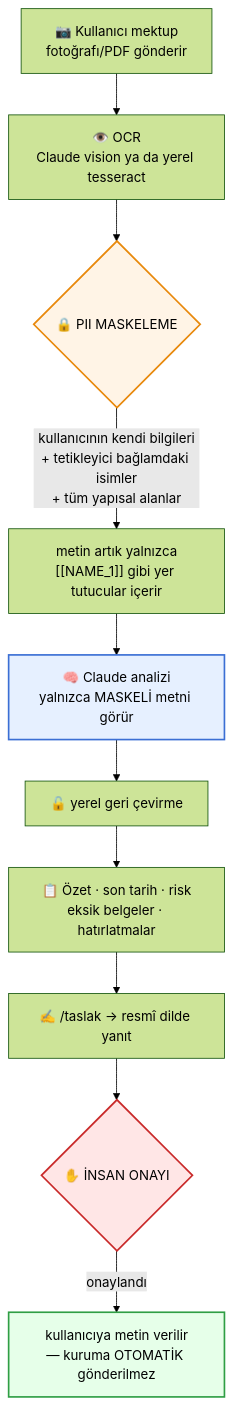
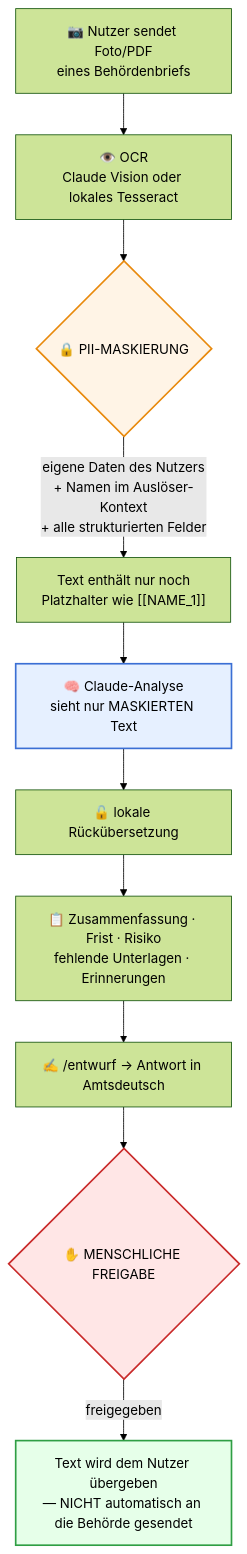
The first of 3 diagrams in README.md (burakerdgn1/B-Ko), drawn with Mermaid (forest theme) before and after one commit. The commit also changed other lines of this file and 2 other files, not shown here.

First line of the commit message:
docs: README Almancaya çevrildi, adlandırma sadeleştirildi, kapsam-dışı/eksik anlatan bölümler kaldırıldı

````diff
--- a/README.md
+++ b/README.md
@@ -33,17 +36,17 @@
 ```mermaid
 flowchart TD
-    A["📷 Kullanıcı mektup<br/>fotoğrafı/PDF gönderir"] --> B["👁️ OCR<br/>Claude vision ya da yerel tesseract"]
-    B --> C{"🔒 PII MASKELEME"}
-    C -->|"kullanıcının kendi bilgileri<br/>+ tetikleyici bağlamdaki isimler<br/>+ tüm yapısal alanlar"| D["metin artık yalnızca<br/>[[NAME_1]] gibi yer tutucular içerir"]
-    D --> E["🧠 Claude analizi<br/>yalnızca MASKELİ metni görür"]
-    E --> F["🔓 yerel geri çevirme"]
-    F --> G["📋 Özet · son tarih · risk<br/>eksik belgeler · hatırlatmalar"]
-    G --> H["✍️ /taslak → resmî dilde yanıt"]
-    H --> I{"✋ İNSAN ONAYI"}
-    I -->|onaylandı| J["kullanıcıya metin verilir<br/>— kuruma OTOMATİK gönderilmez"]
+    A["📷 Nutzer sendet Foto/PDF<br/>eines Behördenbriefs"] --> B["👁️ OCR<br/>Claude Vision oder lokales Tesseract"]
+    B --> C{"🔒 PII-MASKIERUNG"}
+    C -->|"eigene Daten des Nutzers<br/>+ Namen im Auslöser-Kontext<br/>+ alle strukturierten Felder"| D["Text enthält nur noch<br/>Platzhalter wie [[NAME_1]]"]
+    D --> E["🧠 Claude-Analyse<br/>sieht nur MASKIERTEN Text"]
+    E --> F["🔓 lokale Rückübersetzung"]
+    F --> G["📋 Zusammenfassung · Frist · Risiko<br/>fehlende Unterlagen · Erinnerungen"]
+    G --> H["✍️ /entwurf → Antwort in Amtsdeutsch"]
+    H --> I{"✋ MENSCHLICHE FREIGABE"}
+    I -->|"freigegeben"| J["Text wird dem Nutzer übergeben<br/>— NICHT automatisch an die Behörde gesendet"]
 
     style C fill:#fff4e6,stroke:#e8890c,stroke-width:2px
     style E fill:#e6f0ff,stroke:#3b6fd4,stroke-width:2px
     style I fill:#ffe6e6,stroke:#c92a2a,stroke-width:2px
     style J fill:#e6ffe9,stroke:#2f9e44,stroke-width:2px
 ```
````
